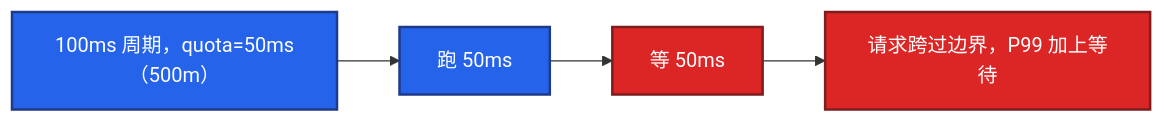
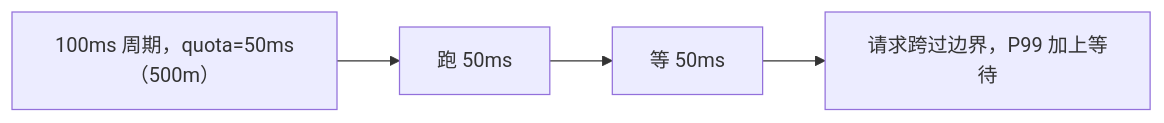
Before and after one commit to ml-cuizijun/LearnToLilith: the second of 6 diagrams in 01-基础底座/10-cgroup与容器/练习题.md, drawn with Mermaid. The commit also changed other lines of this file and 470 other files, not shown here.

````diff
--- a/01-基础底座/10-cgroup与容器/练习题.md
+++ b/01-基础底座/10-cgroup与容器/练习题.md
@@ -113,10 +110,6 @@
 ```mermaid
 flowchart LR
     A["100ms 周期，quota=50ms（500m）"] --> B[跑 50ms]
     B --> C[等 50ms]
     C --> D[请求跨过边界，P99 加上等待]
-    classDef a fill:#2563EB,stroke:#1E3A8A,stroke-width:2px,color:#fff
-    classDef b fill:#DC2626,stroke:#7F1D1D,stroke-width:2px,color:#fff
-    class A,B a
-    class C,D b
 ```
````
